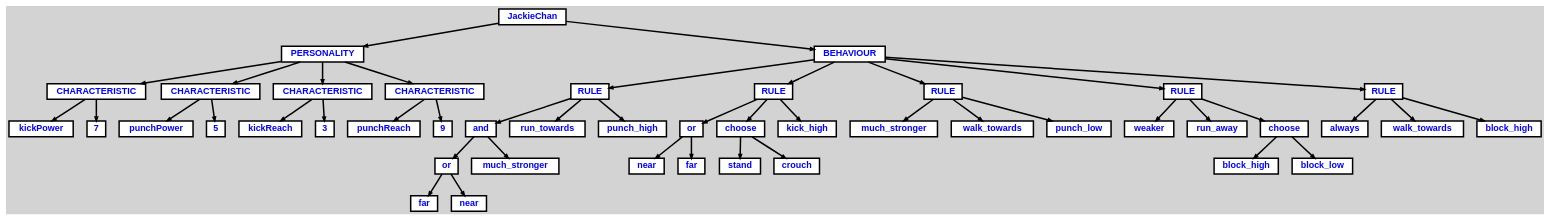
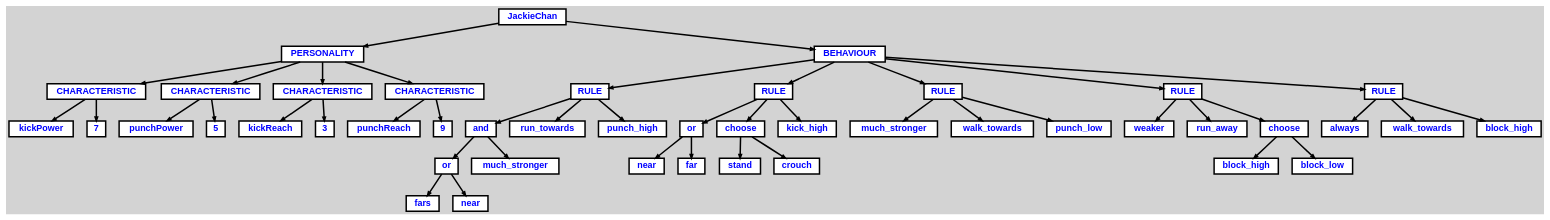
The diagram in mrjorrit/output/AST.dot (tvdstorm/sea-of-saf), drawn with Graphviz before and after one commit. The commit also changed 10 other files, not shown here.

```diff
--- a/mrjorrit/output/AST.dot
+++ b/mrjorrit/output/AST.dot
@@ -1,116 +1,116 @@
 digraph {
 
 	ordering=out;
 	ranksep=.4;
 	bgcolor="lightgrey"; node [shape=box, fixedsize=false, fontsize=12, fontname="Helvetica-bold", fontcolor="blue"
 		width=.25, height=.25, color="black", fillcolor="white", style="filled, solid, bold"];
 	edge [arrowsize=.5, color="black", style="bold"]
 
   n0 [label="JackieChan"];
   n1 [label="PERSONALITY"];
   n1 [label="PERSONALITY"];
   n2 [label="CHARACTERISTIC"];
   n2 [label="CHARACTERISTIC"];
   n3 [label="kickPower"];
   n4 [label="7"];
   n5 [label="CHARACTERISTIC"];
   n5 [label="CHARACTERISTIC"];
   n6 [label="punchPower"];
   n7 [label="5"];
   n8 [label="CHARACTERISTIC"];
   n8 [label="CHARACTERISTIC"];
   n9 [label="kickReach"];
   n10 [label="3"];
   n11 [label="CHARACTERISTIC"];
   n11 [label="CHARACTERISTIC"];
   n12 [label="punchReach"];
   n13 [label="9"];
   n14 [label="BEHAVIOUR"];
   n14 [label="BEHAVIOUR"];
   n15 [label="RULE"];
   n15 [label="RULE"];
   n16 [label="and"];
   n16 [label="and"];
   n17 [label="or"];
   n17 [label="or"];
-  n18 [label="far"];
+  n18 [label="fars"];
   n19 [label="near"];
   n20 [label="much_stronger"];
   n21 [label="run_towards"];
   n22 [label="punch_high"];
   n23 [label="RULE"];
   n23 [label="RULE"];
   n24 [label="or"];
   n24 [label="or"];
   n25 [label="near"];
   n26 [label="far"];
   n27 [label="choose"];
   n27 [label="choose"];
   n28 [label="stand"];
   n29 [label="crouch"];
   n30 [label="kick_high"];
   n31 [label="RULE"];
   n31 [label="RULE"];
   n32 [label="much_stronger"];
   n33 [label="walk_towards"];
   n34 [label="punch_low"];
   n35 [label="RULE"];
   n35 [label="RULE"];
   n36 [label="weaker"];
   n37 [label="run_away"];
   n38 [label="choose"];
   n38 [label="choose"];
   n39 [label="block_high"];
   n40 [label="block_low"];
   n41 [label="RULE"];
   n41 [label="RULE"];
   n42 [label="always"];
   n43 [label="walk_towards"];
   n44 [label="block_high"];
 
   n0 -> n1 // "JackieChan" -> "PERSONALITY"
   n1 -> n2 // "PERSONALITY" -> "CHARACTERISTIC"
   n2 -> n3 // "CHARACTERISTIC" -> "kickPower"
   n2 -> n4 // "CHARACTERISTIC" -> "7"
   n1 -> n5 // "PERSONALITY" -> "CHARACTERISTIC"
   n5 -> n6 // "CHARACTERISTIC" -> "punchPower"
   n5 -> n7 // "CHARACTERISTIC" -> "5"
   n1 -> n8 // "PERSONALITY" -> "CHARACTERISTIC"
   n8 -> n9 // "CHARACTERISTIC" -> "kickReach"
   n8 -> n10 // "CHARACTERISTIC" -> "3"
   n1 -> n11 // "PERSONALITY" -> "CHARACTERISTIC"
   n11 -> n12 // "CHARACTERISTIC" -> "punchReach"
   n11 -> n13 // "CHARACTERISTIC" -> "9"
   n0 -> n14 // "JackieChan" -> "BEHAVIOUR"
   n14 -> n15 // "BEHAVIOUR" -> "RULE"
   n15 -> n16 // "RULE" -> "and"
   n16 -> n17 // "and" -> "or"
-  n17 -> n18 // "or" -> "far"
+  n17 -> n18 // "or" -> "fars"
   n17 -> n19 // "or" -> "near"
   n16 -> n20 // "and" -> "much_stronger"
   n15 -> n21 // "RULE" -> "run_towards"
   n15 -> n22 // "RULE" -> "punch_high"
   n14 -> n23 // "BEHAVIOUR" -> "RULE"
   n23 -> n24 // "RULE" -> "or"
   n24 -> n25 // "or" -> "near"
   n24 -> n26 // "or" -> "far"
   n23 -> n27 // "RULE" -> "choose"
   n27 -> n28 // "choose" -> "stand"
   n27 -> n29 // "choose" -> "crouch"
   n23 -> n30 // "RULE" -> "kick_high"
   n14 -> n31 // "BEHAVIOUR" -> "RULE"
   n31 -> n32 // "RULE" -> "much_stronger"
   n31 -> n33 // "RULE" -> "walk_towards"
   n31 -> n34 // "RULE" -> "punch_low"
   n14 -> n35 // "BEHAVIOUR" -> "RULE"
   n35 -> n36 // "RULE" -> "weaker"
   n35 -> n37 // "RULE" -> "run_away"
   n35 -> n38 // "RULE" -> "choose"
   n38 -> n39 // "choose" -> "block_high"
   n38 -> n40 // "choose" -> "block_low"
   n14 -> n41 // "BEHAVIOUR" -> "RULE"
   n41 -> n42 // "RULE" -> "always"
   n41 -> n43 // "RULE" -> "walk_towards"
   n41 -> n44 // "RULE" -> "block_high"
 
 }
```
